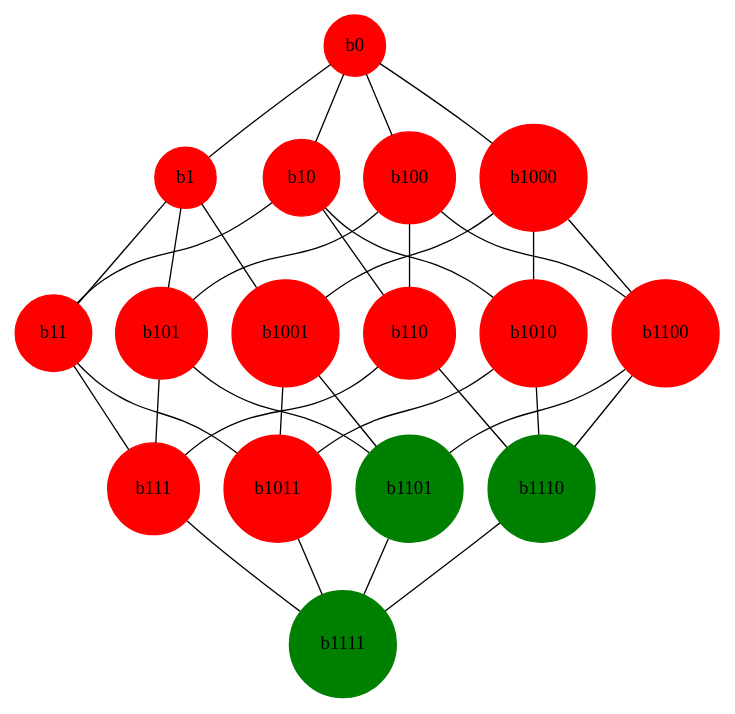
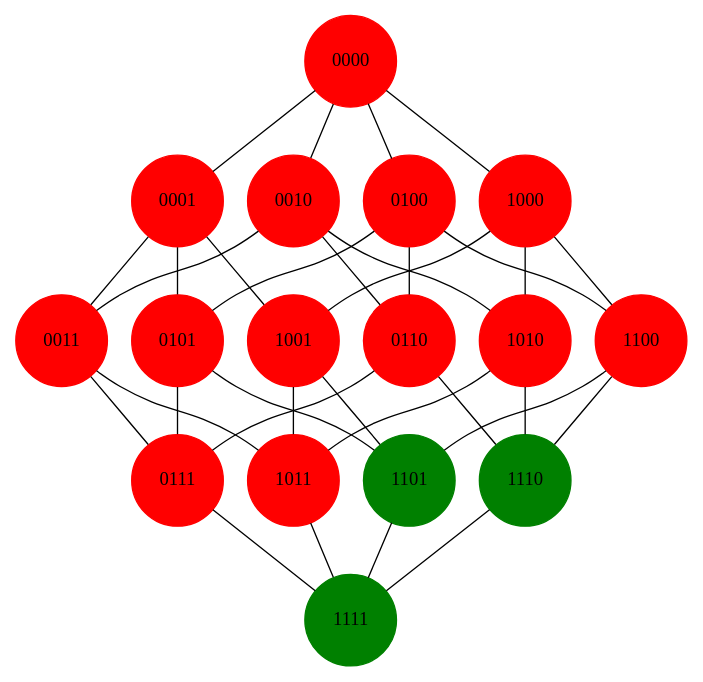
Before and after one commit to solaman/System-Diagnostic-Analysis: the diagram in DedekindLattice/DedekindLatticeTest/writeToDotTest.dot, drawn with Graphviz. The commit also changed 165 other files, not shown here.

```diff
--- a/DedekindLattice/DedekindLatticeTest/writeToDotTest.dot
+++ b/DedekindLattice/DedekindLatticeTest/writeToDotTest.dot
@@ -1,53 +1,53 @@
 digraph{
         rankdir=BT
         node[shape=circle, style=filled, label=""]
         edge[dir=none]
-b1111 [ color = green, label = "b1111"]
-b111 [ color = red, label = "b111"]
-b1011 [ color = red, label = "b1011"]
-b1101 [ color = green, label = "b1101"]
-b1110 [ color = green, label = "b1110"]
-b11 [ color = red, label = "b11"]
-b101 [ color = red, label = "b101"]
-b110 [ color = red, label = "b110"]
-b1001 [ color = red, label = "b1001"]
-b1010 [ color = red, label = "b1010"]
-b1100 [ color = red, label = "b1100"]
-b1 [ color = red, label = "b1"]
-b10 [ color = red, label = "b10"]
-b100 [ color = red, label = "b100"]
-b1000 [ color = red, label = "b1000"]
-b0 [ color = red, label = "b0"]
-b1111 -> b111
-b1111 -> b1011
-b1111 -> b1101
-b1111 -> b1110
-b111 -> b11
-b1011 -> b11
-b111 -> b101
-b1101 -> b101
-b111 -> b110
-b1110 -> b110
-b1011 -> b1001
-b1101 -> b1001
-b1011 -> b1010
-b1110 -> b1010
-b1101 -> b1100
-b1110 -> b1100
-b11 -> b1
-b101 -> b1
-b1001 -> b1
-b11 -> b10
-b110 -> b10
-b1010 -> b10
-b101 -> b100
-b110 -> b100
-b1100 -> b100
-b1001 -> b1000
-b1010 -> b1000
-b1100 -> b1000
-b1 -> b0
-b10 -> b0
-b100 -> b0
-b1000 -> b0
+1111 [ color = green, label = "1111"]
+0111 [ color = red, label = "0111"]
+1011 [ color = red, label = "1011"]
+1101 [ color = green, label = "1101"]
+1110 [ color = green, label = "1110"]
+0011 [ color = red, label = "0011"]
+0101 [ color = red, label = "0101"]
+0110 [ color = red, label = "0110"]
+1001 [ color = red, label = "1001"]
+1010 [ color = red, label = "1010"]
+1100 [ color = red, label = "1100"]
+0001 [ color = red, label = "0001"]
+0010 [ color = red, label = "0010"]
+0100 [ color = red, label = "0100"]
+1000 [ color = red, label = "1000"]
+0000 [ color = red, label = "0000"]
+1111 -> 0111
+1111 -> 1011
+1111 -> 1101
+1111 -> 1110
+0111 -> 0011
+1011 -> 0011
+0111 -> 0101
+1101 -> 0101
+0111 -> 0110
+1110 -> 0110
+1011 -> 1001
+1101 -> 1001
+1011 -> 1010
+1110 -> 1010
+1101 -> 1100
+1110 -> 1100
+0011 -> 0001
+0101 -> 0001
+1001 -> 0001
+0011 -> 0010
+0110 -> 0010
+1010 -> 0010
+0101 -> 0100
+0110 -> 0100
+1100 -> 0100
+1001 -> 1000
+1010 -> 1000
+1100 -> 1000
+0001 -> 0000
+0010 -> 0000
+0100 -> 0000
+1000 -> 0000
 }
```
